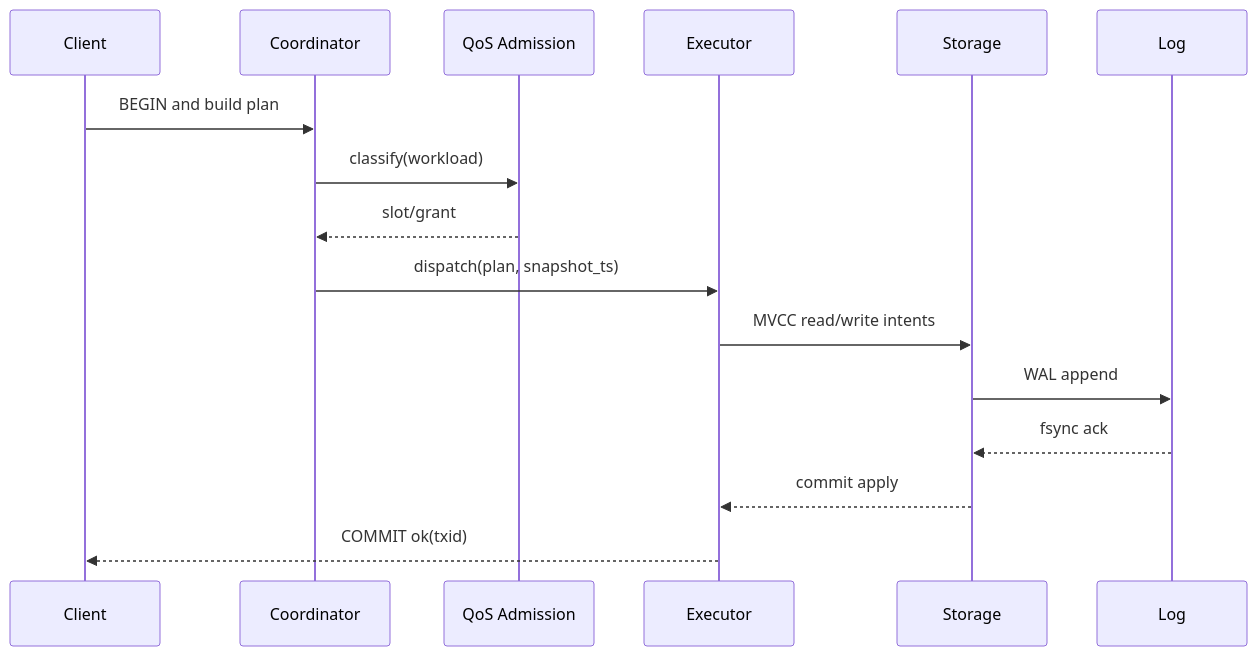
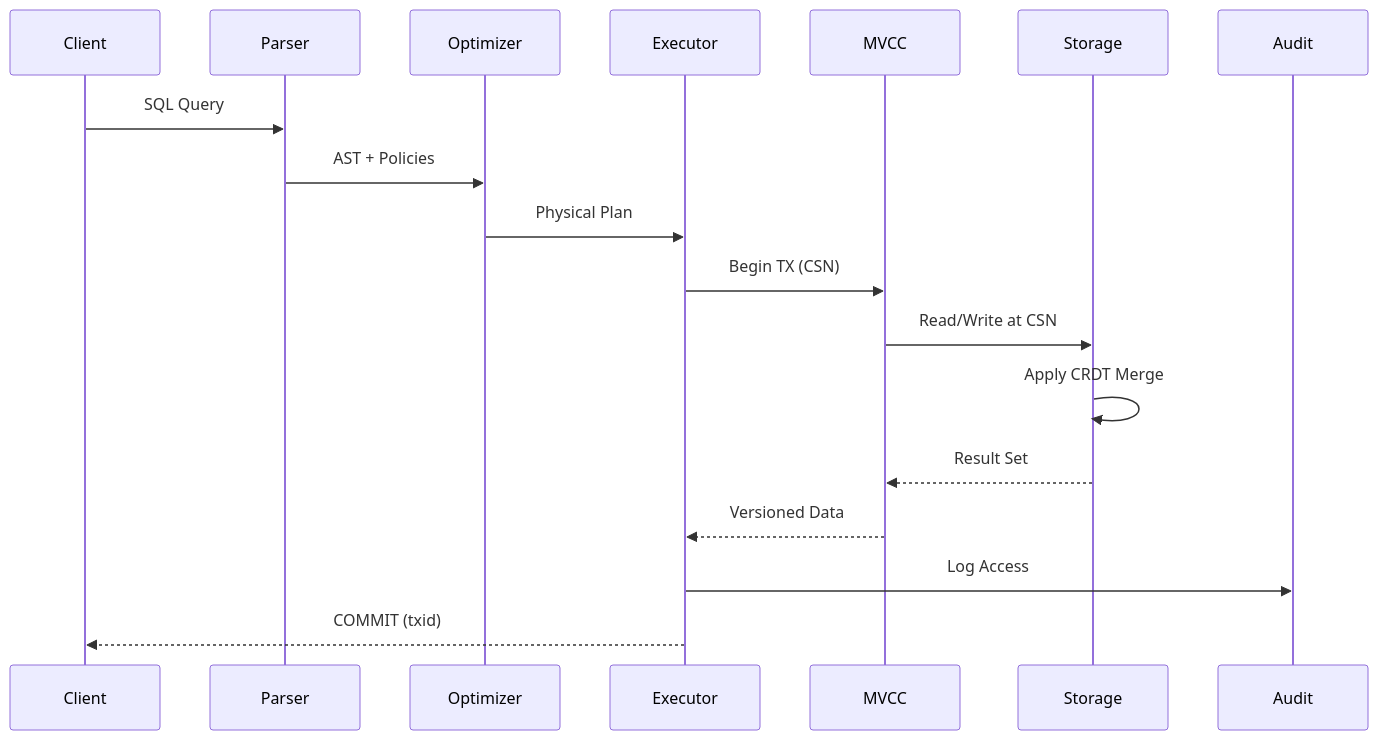
The seventh of 9 diagrams in README.md (hoangsonww/LatticeDB-NextGen-DBMS), drawn with Mermaid before and after one commit. The commit also changed other lines of this file and 82 other files, not shown here.

````diff
--- a/README.md
+++ b/README.md
@@ -406,18 +451,21 @@
 ```mermaid
 sequenceDiagram
     participant C as Client
-    participant B as Coordinator
-    participant R as QoS Admission
+    participant P as Parser
+    participant O as Optimizer
     participant E as Executor
+    participant M as MVCC
     participant S as Storage
-    participant L as Log
-    C->>B: BEGIN and build plan
-    B->>R: classify(workload)
-    R-->>B: slot/grant
-    B->>E: dispatch(plan, snapshot_ts)
-    E->>S: MVCC read/write intents
-    S->>L: WAL append
-    L-->>S: fsync ack
-    S-->>E: commit apply
-    E-->>C: COMMIT ok(txid)
+    participant A as Audit
+
+    C->>P: SQL Query
+    P->>O: AST + Policies
+    O->>E: Physical Plan
+    E->>M: Begin TX (CSN)
+    M->>S: Read/Write at CSN
+    S->>S: Apply CRDT Merge
+    S-->>M: Result Set
+    M-->>E: Versioned Data
+    E->>A: Log Access
+    E-->>C: COMMIT (txid)
 ```
````
